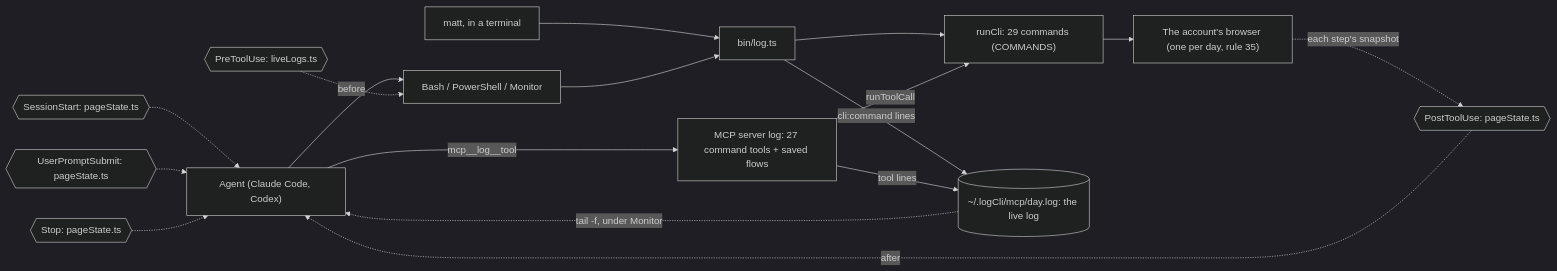
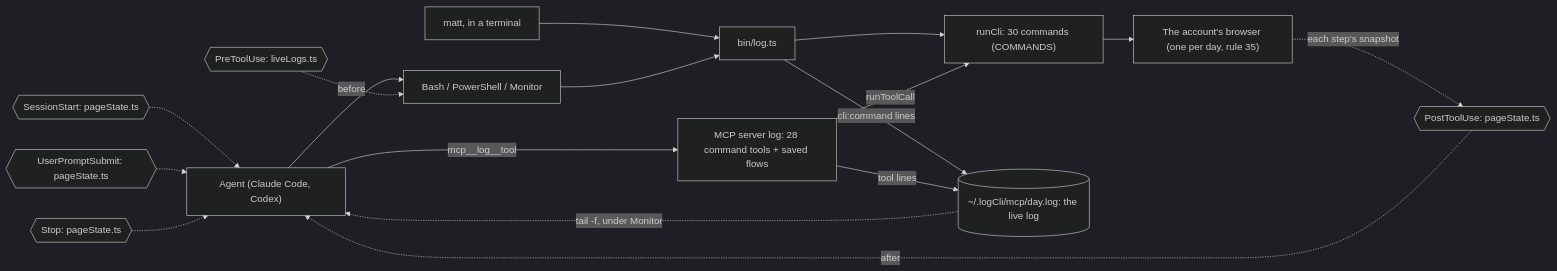
Before and after one commit to matthewdonsemail-lab/log: the diagram in docs/diagrams/surface.mmd, drawn with Mermaid (dark theme). The commit also changed 31 other files, not shown here.

Commit message:
feat: log read group reads a group's new posts and their comments, saved to agencyGroupPosts and agencyGroupComments before the cursor moves (#27, rule 61)

```diff
--- a/docs/diagrams/surface.mmd
+++ b/docs/diagrams/surface.mmd
@@ -1,27 +1,27 @@
 %% How a call reaches log-cli. From a shell or over MCP, both run the same commands through `runCli`, write the same live log, and pass through the same hooks.
 %% Written by `bun run docs:build` from the code (rule 56). Not edited by hand.
 flowchart LR
   agent["Agent (Claude Code, Codex)"]
   matt["matt, in a terminal"]
   shell["Bash / PowerShell / Monitor"]
-  mcp["MCP server log: 27 command tools + saved flows"]
+  mcp["MCP server log: 28 command tools + saved flows"]
   bin["bin/log.ts"]
-  runCli["runCli: 29 commands (COMMANDS)"]
+  runCli["runCli: 30 commands (COMMANDS)"]
   live[("~/.logCli/mcp/day.log: the live log")]
   browser["The account's browser (one per day, rule 35)"]
   agent --> shell
   matt --> bin
   shell --> bin
   agent -->|mcp__log__tool| mcp
   bin --> runCli
   mcp -->|runToolCall| runCli
   runCli --> browser
   bin -->|cli:command lines| live
   mcp -->|tool lines| live
   live -.->|tail -f, under Monitor| agent
   pre0{{"PreToolUse: liveLogs.ts"}} -.->|before| shell
   post0{{"PostToolUse: pageState.ts"}} -.->|after| agent
   turn0{{"SessionStart: pageState.ts"}} -.-> agent
   turn1{{"UserPromptSubmit: pageState.ts"}} -.-> agent
   turn2{{"Stop: pageState.ts"}} -.-> agent
   browser -.->|each step's snapshot| post0
```
